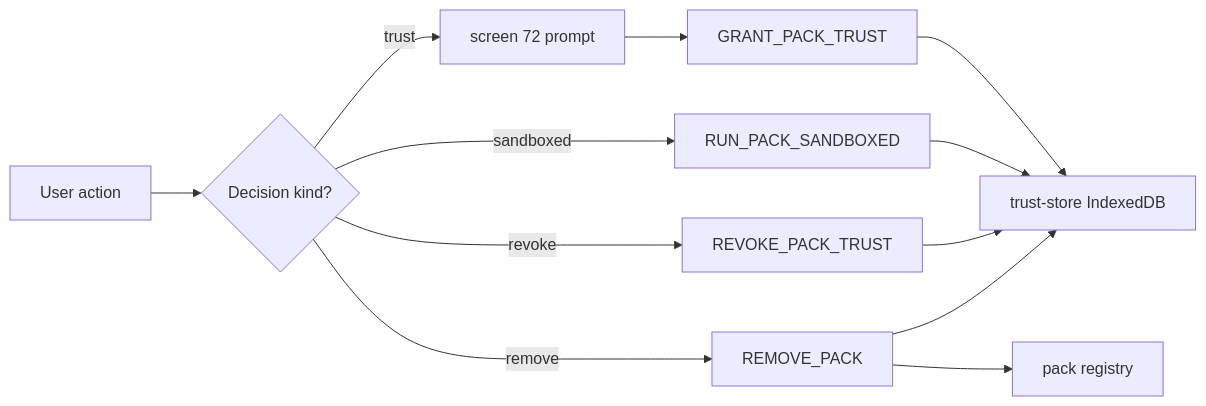
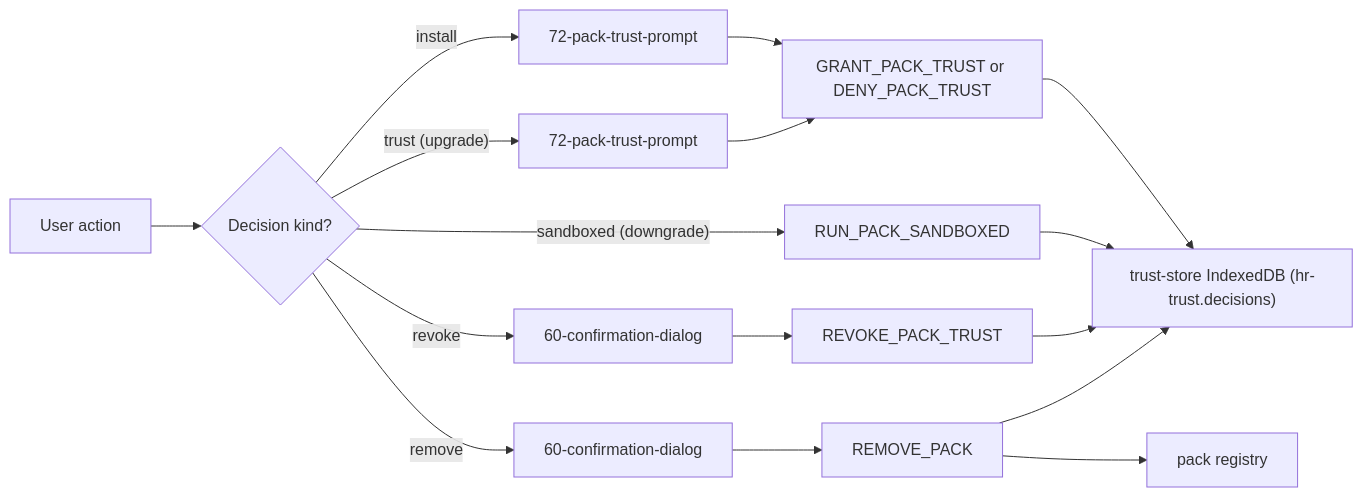
The second of 3 diagrams in docs/architecture/wiki/screens/71-pack-manager/architecture.md (SunaNoOshiro/Heroes_Reforged_AI_Realms), drawn with Mermaid before and after one commit. The commit also changed other lines of this file and 518 other files, not shown here.

First line of the commit message:
Add doc-audit skill and sweep architecture/screen docs

````diff
--- a/docs/architecture/wiki/screens/71-pack-manager/architecture.md
+++ b/docs/architecture/wiki/screens/71-pack-manager/architecture.md
@@ -30,14 +54,18 @@
 ```mermaid
 flowchart LR
   U["User action"] --> A{"Decision kind?"}
-  A -- trust --> P["screen 72 prompt"]
-  P --> W["GRANT_PACK_TRUST"]
-  A -- sandboxed --> S["RUN_PACK_SANDBOXED"]
-  A -- revoke --> R["REVOKE_PACK_TRUST"]
-  A -- remove --> Rm["REMOVE_PACK"]
-  W --> TS["trust-store IndexedDB"]
+  A -- install --> Pi["72-pack-trust-prompt"]
+  A -- trust (upgrade) --> P["72-pack-trust-prompt"]
+  A -- sandboxed (downgrade) --> S["RUN_PACK_SANDBOXED"]
+  A -- revoke --> Cr["60-confirmation-dialog"]
+  Cr --> R["REVOKE_PACK_TRUST"]
+  A -- remove --> Cm["60-confirmation-dialog"]
+  Cm --> Rm["REMOVE_PACK"]
+  Pi --> W["GRANT_PACK_TRUST or DENY_PACK_TRUST"]
+  P --> W
+  W --> TS["trust-store IndexedDB (hr-trust.decisions)"]
   S --> TS
   R --> TS
   Rm --> Reg["pack registry"]
   Rm --> TS
 ```
````
